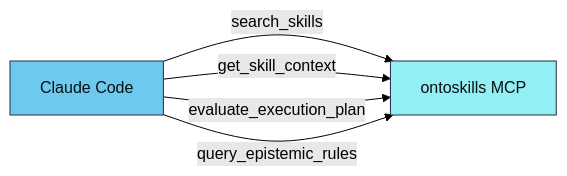
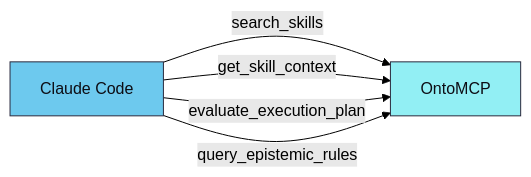
Before and after one commit to mareasoftware/ontoclaw: the third of 3 diagrams in mcp/README.md, drawn with Mermaid (forest theme). The commit also changed other lines of this file and 8 other files, not shown here.

First line of the commit message:
refactor: rename ontoskills-mcp to ontomcp (#39)

````diff
--- a/mcp/README.md
+++ b/mcp/README.md
@@ -197,10 +197,10 @@
 ```mermaid
 flowchart LR
-    CLAUDE["Claude Code"] -->|"search_skills"| TOOLS["ontoskills MCP"]
+    CLAUDE["Claude Code"] -->|"search_skills"| TOOLS["OntoMCP"]
     CLAUDE -->|"get_skill_context"| TOOLS
     CLAUDE -->|"evaluate_execution_plan"| TOOLS
     CLAUDE -->|"query_epistemic_rules"| TOOLS
 
     style CLAUDE fill:#6dc9ee,stroke:#2a2a3e,color:#0d0d14
     style TOOLS fill:#92eff4,stroke:#2a2a3e,color:#0d0d14
 ```
````
